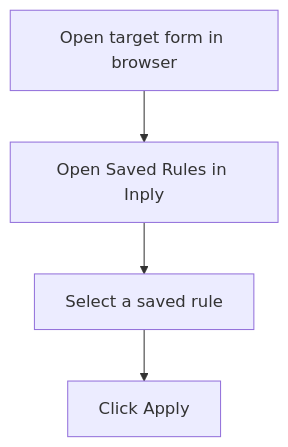
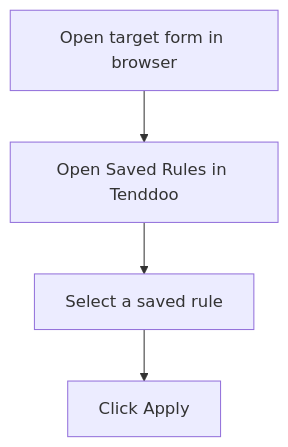
Before and after one commit to santokhan/inply-browser-extension: diagram 15 of 16 in docs/flow.md, drawn with Mermaid. The commit also changed other lines of this file and 8 other files, not shown here.

````diff
--- a/docs/flow.md
+++ b/docs/flow.md
@@ -170,6 +170,6 @@
 ```mermaid
 flowchart TD
-    Page["Open target form in browser"] --> Rules["Open Saved Rules in Inply"]
+    Page["Open target form in browser"] --> Rules["Open Saved Rules in Tenddoo"]
     Rules --> Select["Select a saved rule"]
     Select --> Apply["Click Apply"]
 ```
````
